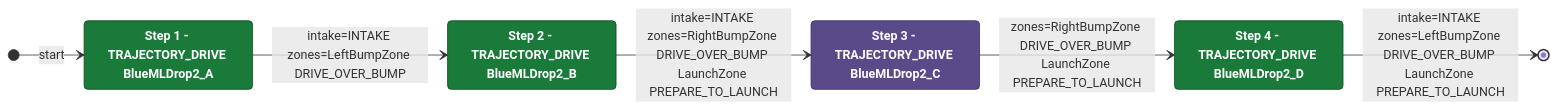
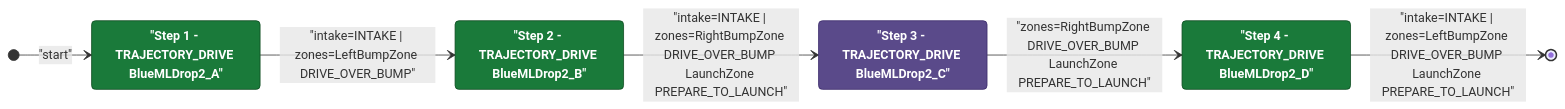
Before and after one commit to Team302/2026Rebuilt: the diagram in documents/auton/RedBDepDrop2NDepNOutScoreNCli.md, drawn with Mermaid. The commit also changed other lines of this file and 242 other files, not shown here.

Commit message:
Regenerated diagrams with fixed red

````diff
--- a/documents/auton/RedBDepDrop2NDepNOutScoreNCli.md
+++ b/documents/auton/RedBDepDrop2NDepNOutScoreNCli.md
@@ -8,24 +8,24 @@
 ```mermaid
 stateDiagram-v2
     direction LR
 
     %% Green = intake active, Purple = intake off
     classDef intake  fill:#1a7a3a,color:#ffffff,stroke:#0d4a1f,font-weight:bold
     classDef noIntake fill:#5a4a8a,color:#ffffff,stroke:#3a2a6a,font-weight:bold
 
-    Step1 : Step 1 - TRAJECTORY_DRIVE BlueMLDrop2_A
-    Step2 : Step 2 - TRAJECTORY_DRIVE BlueMLDrop2_B
-    Step3 : Step 3 - TRAJECTORY_DRIVE BlueMLDrop2_C
-    Step4 : Step 4 - TRAJECTORY_DRIVE BlueMLDrop2_D
+    Step1 : "Step 1 - TRAJECTORY_DRIVE BlueMLDrop2_A"
+    Step2 : "Step 2 - TRAJECTORY_DRIVE BlueMLDrop2_B"
+    Step3 : "Step 3 - TRAJECTORY_DRIVE BlueMLDrop2_C"
+    Step4 : "Step 4 - TRAJECTORY_DRIVE BlueMLDrop2_D"
 
     class Step1 intake
     class Step2 intake
     class Step3 noIntake
     class Step4 intake
 
-    [*] --> Step1 : start
-    Step1 --> Step2: intake=INTAKE zones=LeftBumpZone DRIVE_OVER_BUMP
-    Step2 --> Step3: intake=INTAKE zones=RightBumpZone DRIVE_OVER_BUMP LaunchZone PREPARE_TO_LAUNCH
-    Step3 --> Step4: zones=RightBumpZone DRIVE_OVER_BUMP LaunchZone PREPARE_TO_LAUNCH
-    Step4 --> [*]: intake=INTAKE zones=LeftBumpZone DRIVE_OVER_BUMP LaunchZone PREPARE_TO_LAUNCH
+    [*] --> Step1 : "start"
+    Step1 --> Step2: "intake=INTAKE | zones=LeftBumpZone DRIVE_OVER_BUMP"
+    Step2 --> Step3: "intake=INTAKE | zones=RightBumpZone DRIVE_OVER_BUMP LaunchZone PREPARE_TO_LAUNCH"
+    Step3 --> Step4: "zones=RightBumpZone DRIVE_OVER_BUMP LaunchZone PREPARE_TO_LAUNCH"
+    Step4 --> [*]: "intake=INTAKE | zones=LeftBumpZone DRIVE_OVER_BUMP LaunchZone PREPARE_TO_LAUNCH"
 ```
````
